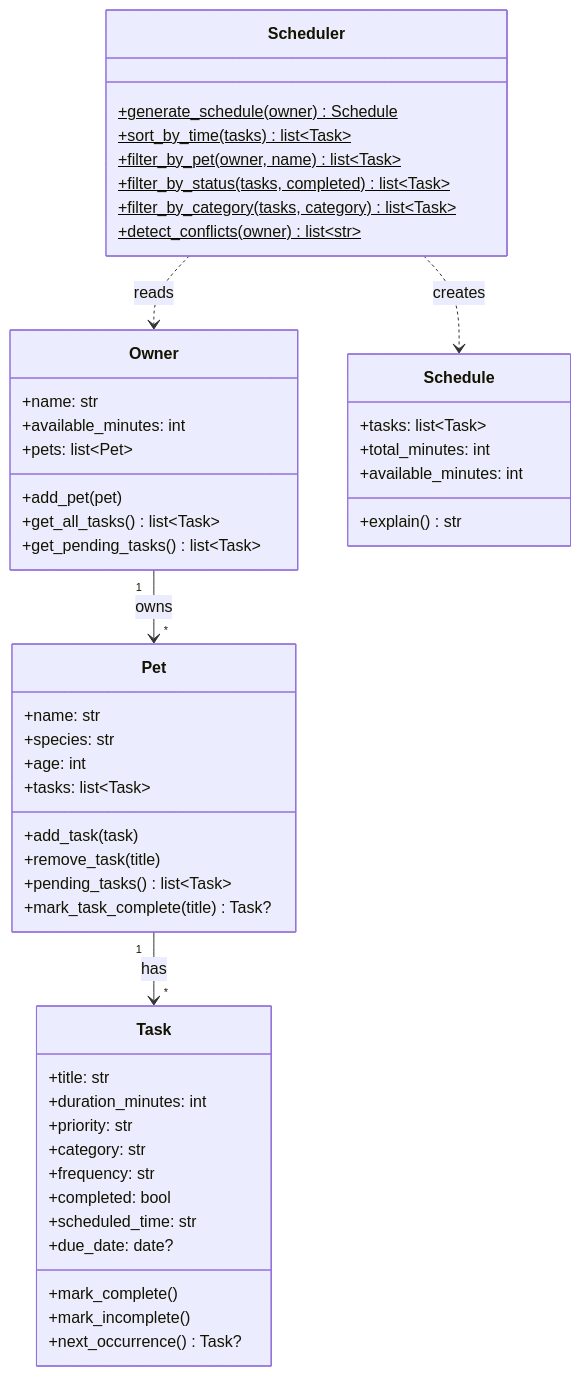
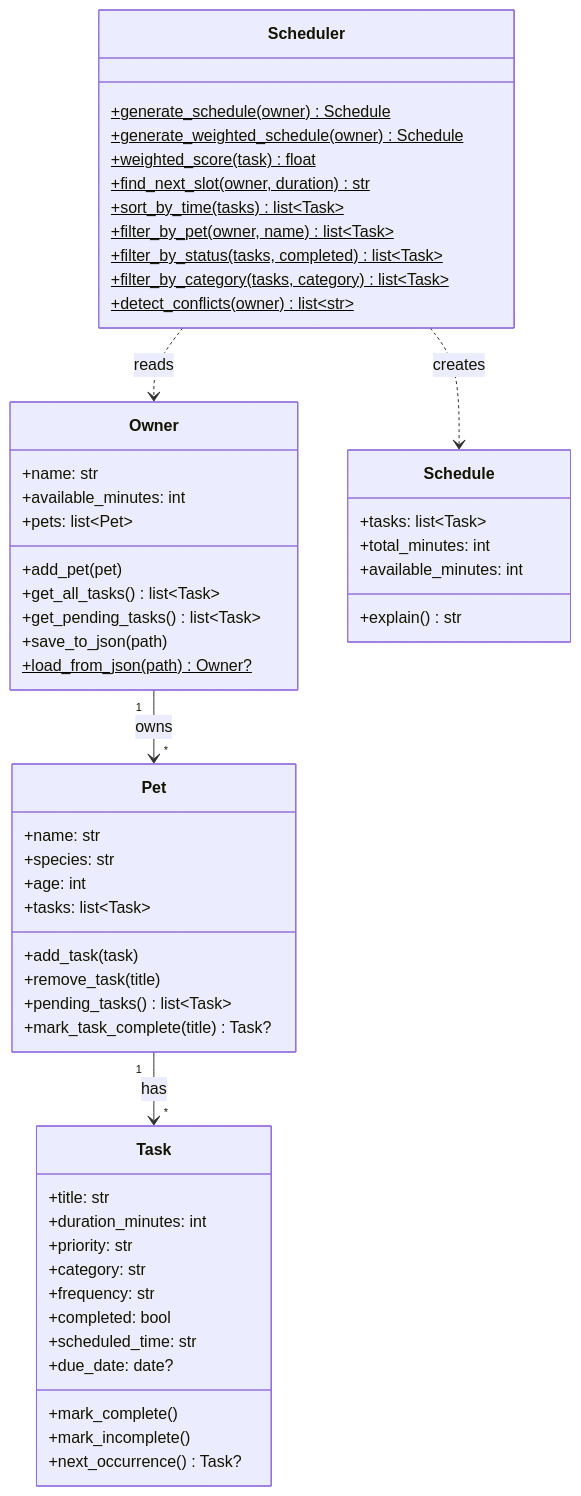
Before and after one commit to dadavidtseng/ai110-module2show-pawpal-starter: the diagram in README.md, drawn with Mermaid. The commit also changed other lines of this file and 2 other files, not shown here.

First line of the commit message:
docs: document optional extensions and update UML diagram

````diff
--- a/README.md
+++ b/README.md
@@ -18,57 +21,62 @@
 ```mermaid
 classDiagram
     Owner "1" --> "*" Pet : owns
     Pet "1" --> "*" Task : has
     Scheduler ..> Owner : reads
     Scheduler ..> Schedule : creates
 
     class Owner {
         +name: str
         +available_minutes: int
         +pets: list~Pet~
         +add_pet(pet)
         +get_all_tasks() list~Task~
         +get_pending_tasks() list~Task~
+        +save_to_json(path)
+        +load_from_json(path)$ Owner?
     }
 
     class Pet {
         +name: str
         +species: str
         +age: int
         +tasks: list~Task~
         +add_task(task)
         +remove_task(title)
         +pending_tasks() list~Task~
         +mark_task_complete(title) Task?
     }
 
     class Task {
         +title: str
         +duration_minutes: int
         +priority: str
         +category: str
         +frequency: str
         +completed: bool
         +scheduled_time: str
         +due_date: date?
         +mark_complete()
         +mark_incomplete()
         +next_occurrence() Task?
     }
 
     class Scheduler {
         +generate_schedule(owner)$ Schedule
+        +generate_weighted_schedule(owner)$ Schedule
+        +weighted_score(task)$ float
+        +find_next_slot(owner, duration)$ str
         +sort_by_time(tasks)$ list~Task~
         +filter_by_pet(owner, name)$ list~Task~
         +filter_by_status(tasks, completed)$ list~Task~
         +filter_by_category(tasks, category)$ list~Task~
         +detect_conflicts(owner)$ list~str~
     }
 
     class Schedule {
         +tasks: list~Task~
         +total_minutes: int
         +available_minutes: int
         +explain() str
     }
 ```
````
